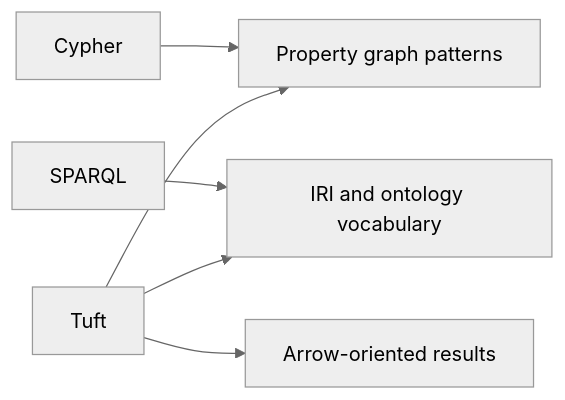
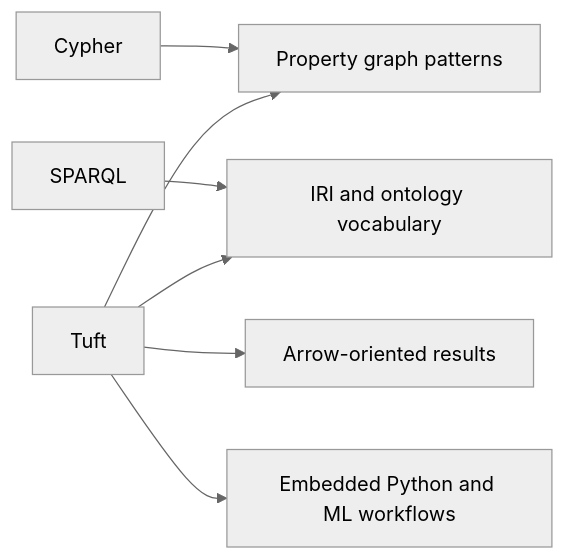
The diagram in docs/concepts/tuft-vs-cypher-vs-sparql.md (eastlighting1/CaracalDB), drawn with Mermaid (neutral theme) before and after one commit. The commit also changed other lines of this file, not shown here.

````diff
--- a/docs/concepts/tuft-vs-cypher-vs-sparql.md
+++ b/docs/concepts/tuft-vs-cypher-vs-sparql.md
@@ -14,8 +30,9 @@
 ```mermaid
 flowchart LR
     A["Cypher"] --> D["Property graph patterns"]
     B["SPARQL"] --> E["IRI and ontology vocabulary"]
     C["Tuft"] --> D
     C --> E
     C --> F["Arrow-oriented results"]
+    C --> G["Embedded Python and ML workflows"]
 ```
````
